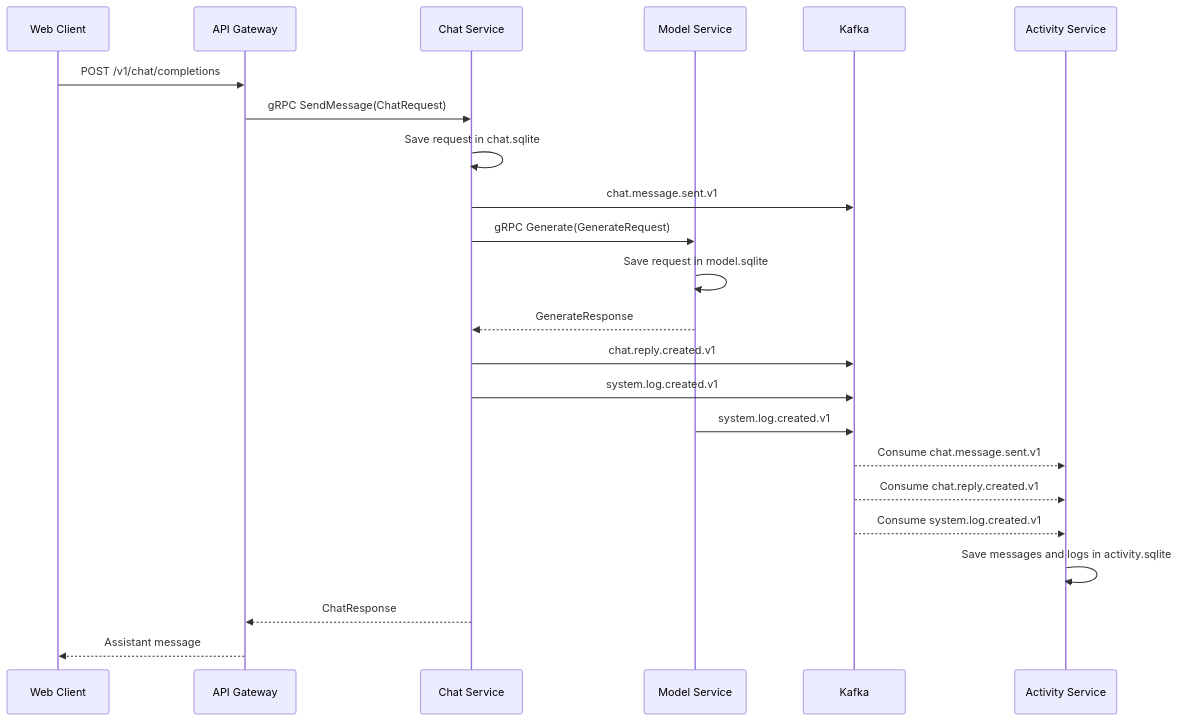
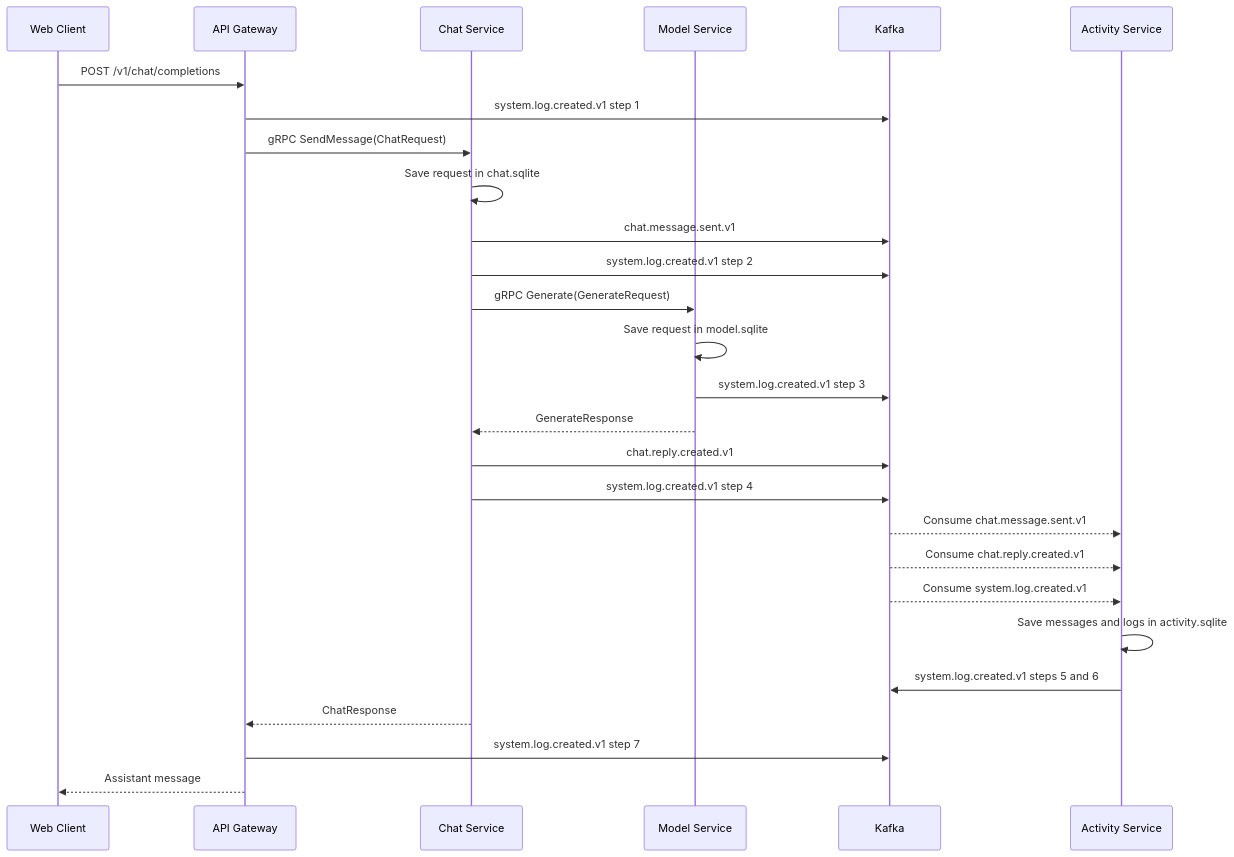
One commit to Luna-SOA/Luna changed the fourth of 8 diagrams in README.md. Above: the diagram before and after it, drawn with Mermaid. The commit also changed other lines of this file and 14 other files, not shown here.

Commit message:
fix event flow reliability and railway deployment

````diff
--- a/README.md
+++ b/README.md
@@ -80,26 +80,30 @@
 ```mermaid
 sequenceDiagram
   participant W as Web Client
   participant G as API Gateway
   participant C as Chat Service
   participant M as Model Service
   participant K as Kafka
   participant A as Activity Service
 
   W->>G: POST /v1/chat/completions
+  G->>K: system.log.created.v1 step 1
   G->>C: gRPC SendMessage(ChatRequest)
   C->>C: Save request in chat.sqlite
   C->>K: chat.message.sent.v1
+  C->>K: system.log.created.v1 step 2
   C->>M: gRPC Generate(GenerateRequest)
   M->>M: Save request in model.sqlite
+  M->>K: system.log.created.v1 step 3
   M-->>C: GenerateResponse
   C->>K: chat.reply.created.v1
-  C->>K: system.log.created.v1
-  M->>K: system.log.created.v1
+  C->>K: system.log.created.v1 step 4
   K-->>A: Consume chat.message.sent.v1
   K-->>A: Consume chat.reply.created.v1
   K-->>A: Consume system.log.created.v1
   A->>A: Save messages and logs in activity.sqlite
+  A->>K: system.log.created.v1 steps 5 and 6
   C-->>G: ChatResponse
+  G->>K: system.log.created.v1 step 7
   G-->>W: Assistant message
 ```
````
